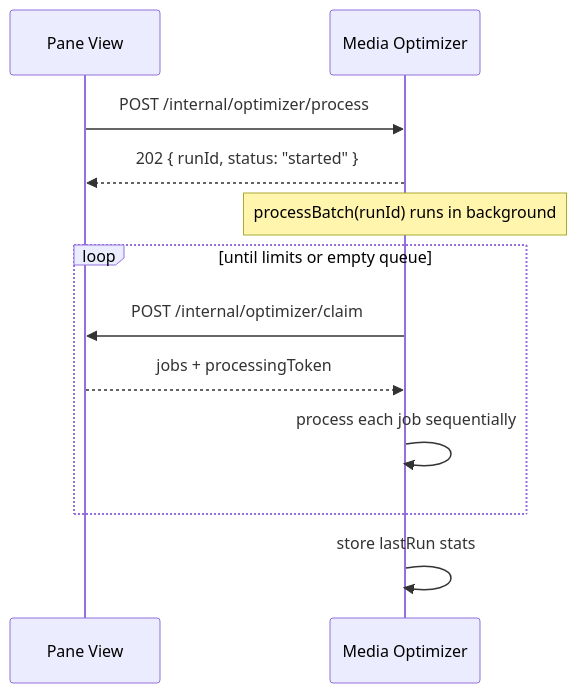
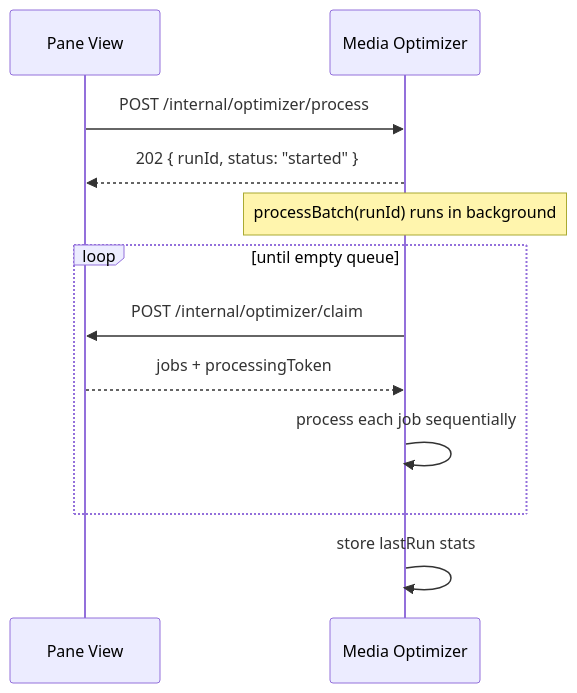
Before and after one commit to Traydr/latch-works: the second of 3 diagrams in docs/media-optimizer-internals.md, drawn with Mermaid. The commit also changed other lines of this file and 18 other files, not shown here.

````diff
--- a/docs/media-optimizer-internals.md
+++ b/docs/media-optimizer-internals.md
@@ -86,15 +86,15 @@
 ```mermaid
 sequenceDiagram
   participant PV as Pane View
   participant MO as Media Optimizer
 
   PV->>MO: POST /internal/optimizer/process
   MO-->>PV: 202 { runId, status: "started" }
   Note over MO: processBatch(runId) runs in background
-  loop until limits or empty queue
+  loop until empty queue
     MO->>PV: POST /internal/optimizer/claim
     PV-->>MO: jobs + processingToken
     MO->>MO: process each job sequentially
   end
   MO->>MO: store lastRun stats
 ```
````
